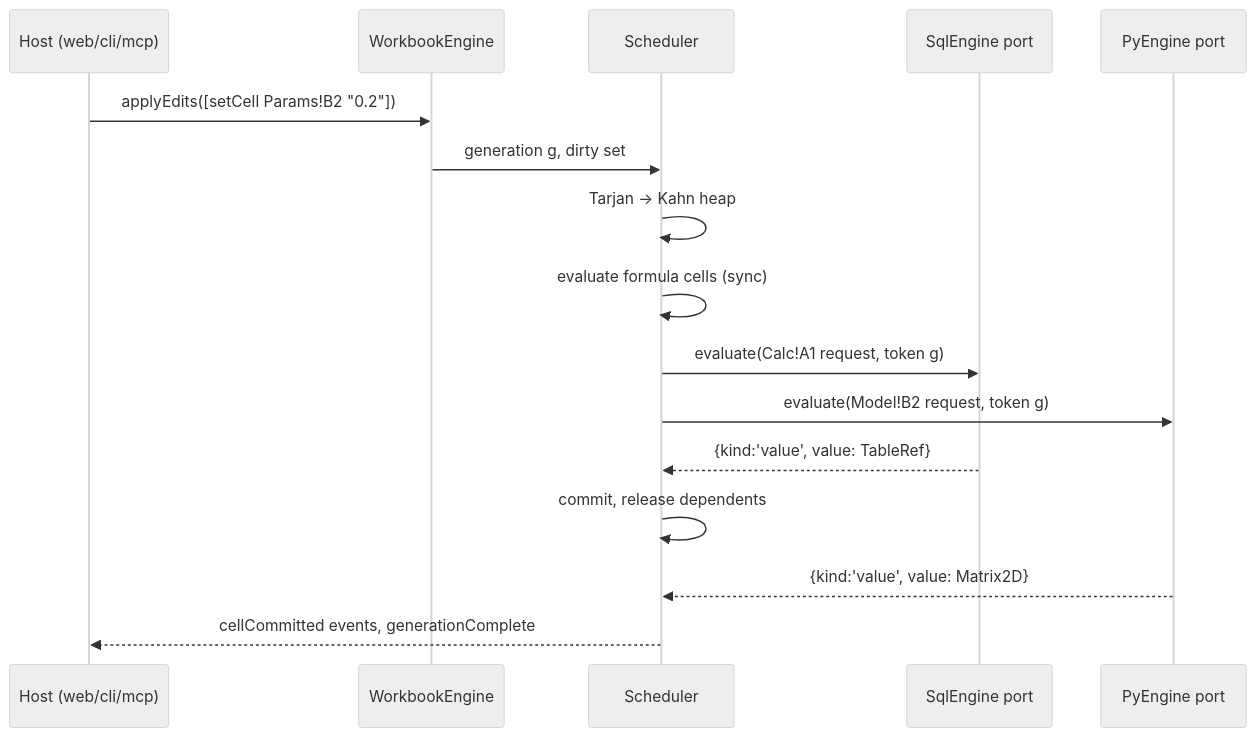
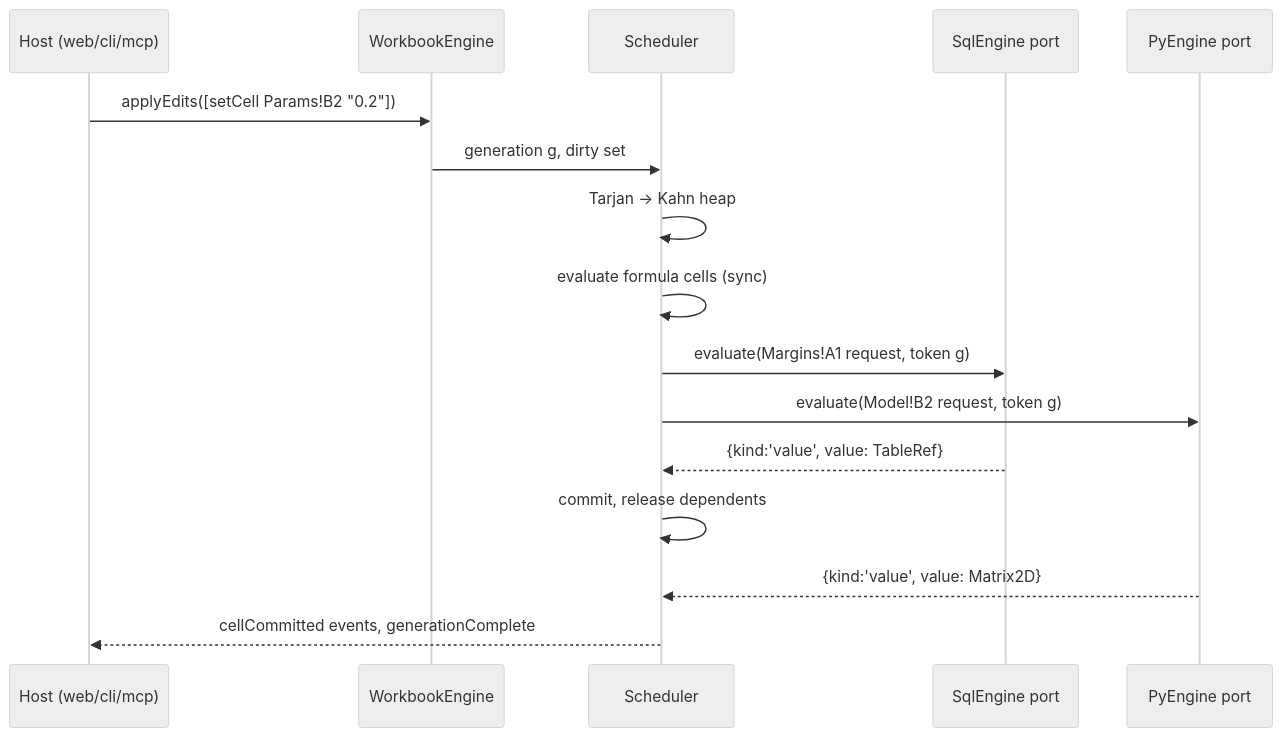
The fourth of 4 diagrams in .kiro/specs/01-cross-engine-dag/design.md (g4stein/SUTURE), drawn with Mermaid (neutral theme) before and after one commit. The commit also changed other lines of this file and 17 other files, not shown here.

````diff
--- a/.kiro/specs/01-cross-engine-dag/design.md
+++ b/.kiro/specs/01-cross-engine-dag/design.md
@@ -514,18 +525,18 @@
 ```mermaid
 sequenceDiagram
   participant UI as Host (web/cli/mcp)
   participant WB as WorkbookEngine
   participant S as Scheduler
   participant SQL as SqlEngine port
   participant PY as PyEngine port
   UI->>WB: applyEdits([setCell Params!B2 "0.2"])
   WB->>S: generation g, dirty set
   S->>S: Tarjan → Kahn heap
   S->>S: evaluate formula cells (sync)
-  S->>SQL: evaluate(Calc!A1 request, token g)
+  S->>SQL: evaluate(Margins!A1 request, token g)
   S->>PY: evaluate(Model!B2 request, token g)
   SQL-->>S: {kind:'value', value: TableRef}
   S->>S: commit, release dependents
   PY-->>S: {kind:'value', value: Matrix2D}
   S-->>UI: cellCommitted events, generationComplete
 ```
````
